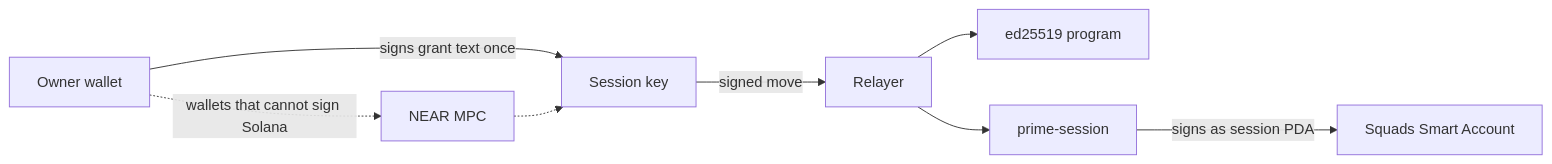
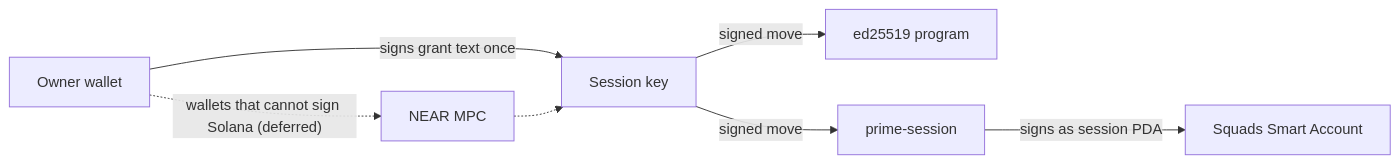
Before and after one commit to untangledfinance/oz-policy-builder: the first of 14 diagrams in contracts/prime/solana/README-architecture.md, drawn with Mermaid. The commit also changed other lines of this file and 1 other file, not shown here.

First line of the commit message:
docs(prime-solana): update to describe shipped behavior as of 11 Oct 2026

````diff
--- a/contracts/prime/solana/README-architecture.md
+++ b/contracts/prime/solana/README-architecture.md
@@ -51,17 +55,15 @@
 ```mermaid
 flowchart LR
   W[Owner wallet]
   N[NEAR MPC]
   K[Session key]
-  R[Relayer]
   E[ed25519 program]
   P[prime-session]
   S[Squads Smart Account]
   W -- "signs grant text once" --> K
-  W -. "wallets that cannot sign Solana" .-> N
+  W -. "wallets that cannot sign Solana (deferred)" .-> N
   N -.-> K
-  K -- "signed move" --> R
-  R --> E
-  R --> P
+  K -- "signed move" --> E
+  K -- "signed move" --> P
   P -- "signs as session PDA" --> S
 ```
````
